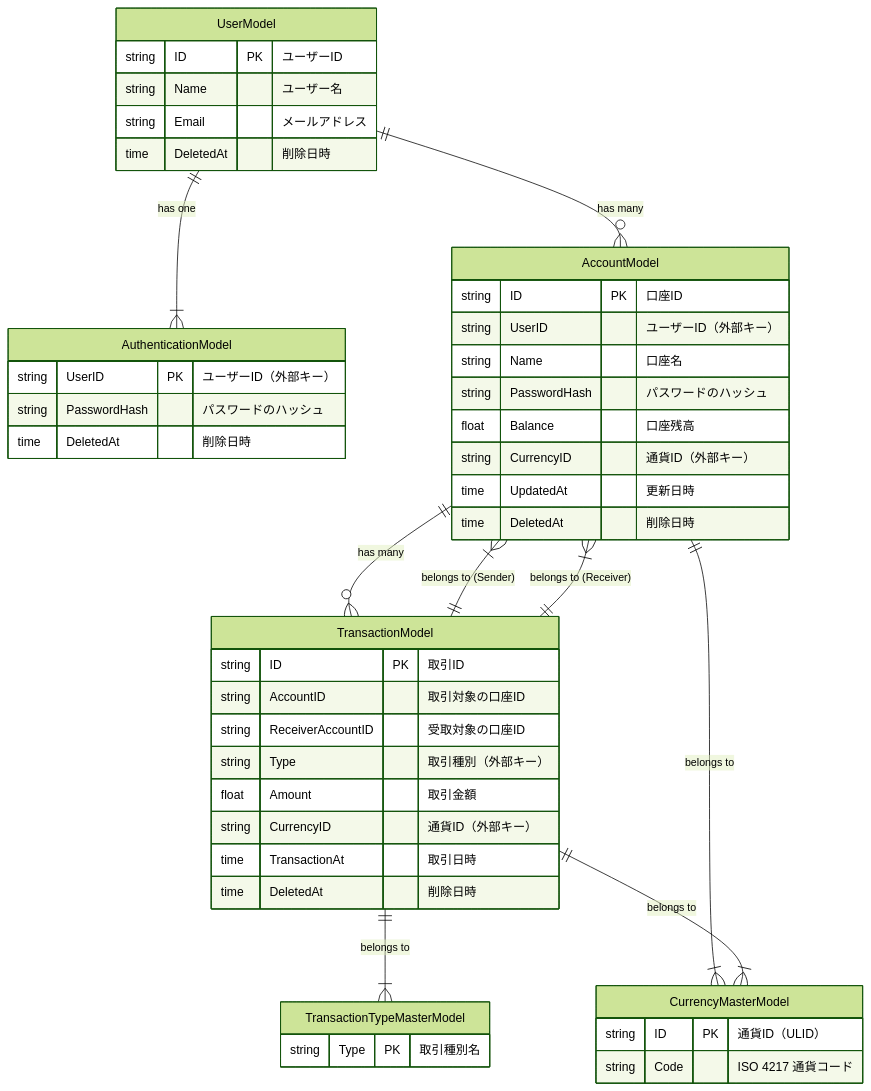
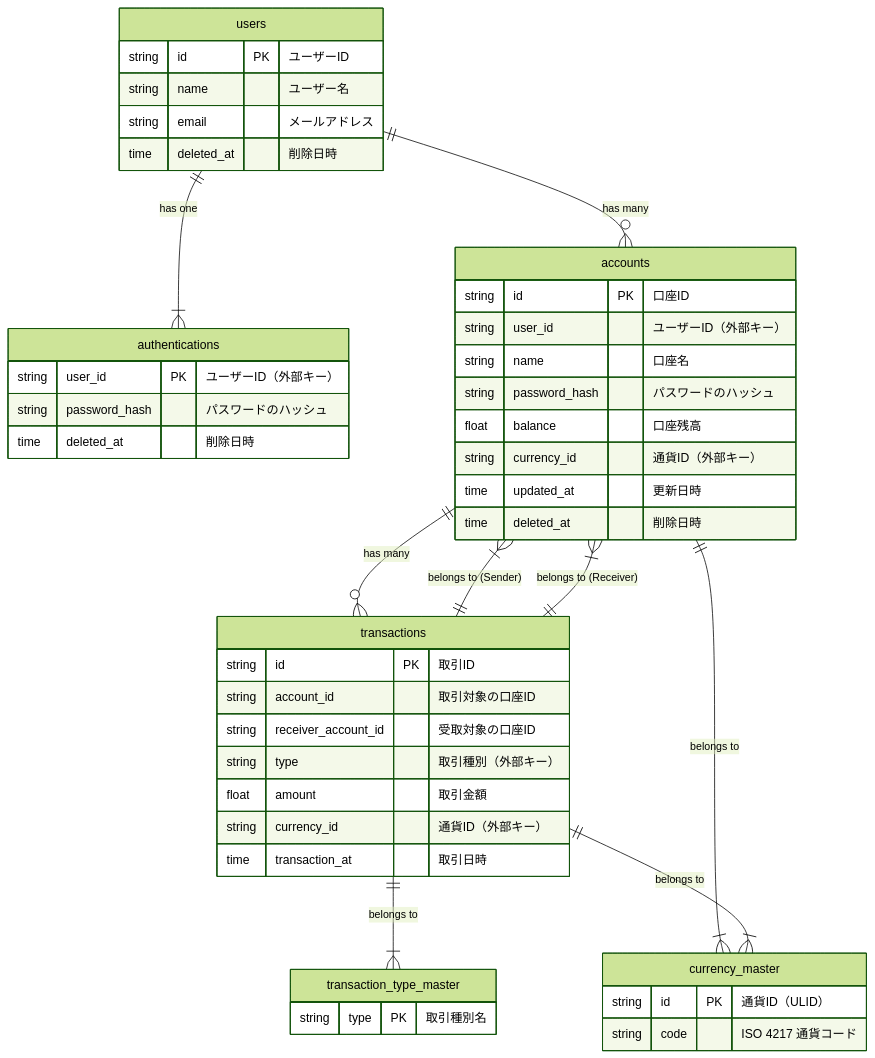
The diagram in internal/infrastructure/postgres/er_diagram.md (u104rak1/pocgo), drawn with Mermaid (forest theme) before and after one commit. The commit also changed 12 other files, not shown here.

````diff
--- a/internal/infrastructure/postgres/er_diagram.md
+++ b/internal/infrastructure/postgres/er_diagram.md
@@ -1,50 +1,49 @@
 ```mermaid
 erDiagram
-    UserModel {
-        string ID PK "ユーザーID"
-        string Name "ユーザー名"
-        string Email "メールアドレス"
-        time DeletedAt "削除日時"
+    users {
+        string id PK "ユーザーID"
+        string name "ユーザー名"
+        string email "メールアドレス"
+        time deleted_at "削除日時"
     }
-    AuthenticationModel {
-        string UserID PK "ユーザーID（外部キー）"
-        string PasswordHash "パスワードのハッシュ"
-        time DeletedAt "削除日時"
+    authentications {
+        string user_id PK "ユーザーID（外部キー）"
+        string password_hash "パスワードのハッシュ"
+        time deleted_at "削除日時"
     }
-    AccountModel {
-        string ID PK "口座ID"
-        string UserID "ユーザーID（外部キー）"
-        string Name "口座名"
-        string PasswordHash "パスワードのハッシュ"
-        float Balance "口座残高"
-        string CurrencyID "通貨ID（外部キー）"
-        time UpdatedAt "更新日時"
-        time DeletedAt "削除日時"
+    accounts {
+        string id PK "口座ID"
+        string user_id "ユーザーID（外部キー）"
+        string name "口座名"
+        string password_hash "パスワードのハッシュ"
+        float balance "口座残高"
+        string currency_id "通貨ID（外部キー）"
+        time updated_at "更新日時"
+        time deleted_at "削除日時"
     }
-    TransactionModel {
-        string ID PK "取引ID"
-        string AccountID "取引対象の口座ID"
-        string ReceiverAccountID "受取対象の口座ID"
-        string Type "取引種別（外部キー）"
-        float Amount "取引金額"
-        string CurrencyID "通貨ID（外部キー）"
-        time TransactionAt "取引日時"
-        time DeletedAt "削除日時"
+    transactions {
+        string id PK "取引ID"
+        string account_id "取引対象の口座ID"
+        string receiver_account_id "受取対象の口座ID"
+        string type "取引種別（外部キー）"
+        float amount "取引金額"
+        string currency_id "通貨ID（外部キー）"
+        time transaction_at "取引日時"
     }
-    CurrencyMasterModel {
-        string ID PK "通貨ID（ULID）"
-        string Code "ISO 4217 通貨コード"
+    currency_master {
+        string id PK "通貨ID（ULID）"
+        string code "ISO 4217 通貨コード"
     }
-    TransactionTypeMasterModel {
-        string Type PK "取引種別名"
+    transaction_type_master {
+        string type PK "取引種別名"
     }
 
-    UserModel ||--o{ AccountModel : "has many"
-    UserModel ||--|{ AuthenticationModel : "has one"
-    AccountModel ||--o{ TransactionModel : "has many"
-    AccountModel ||--|{ CurrencyMasterModel : "belongs to"
-    TransactionModel ||--|{ TransactionTypeMasterModel : "belongs to"
-    TransactionModel ||--|{ AccountModel : "belongs to (Sender)"
-    TransactionModel ||--|{ AccountModel : "belongs to (Receiver)"
-    TransactionModel ||--|{ CurrencyMasterModel : "belongs to"
+    users ||--o{ accounts : "has many"
+    users ||--|{ authentications : "has one"
+    accounts ||--o{ transactions : "has many"
+    accounts ||--|{ currency_master : "belongs to"
+    transactions ||--|{ transaction_type_master : "belongs to"
+    transactions ||--|{ accounts : "belongs to (Sender)"
+    transactions ||--|{ accounts : "belongs to (Receiver)"
+    transactions ||--|{ currency_master : "belongs to"
 ```
````
